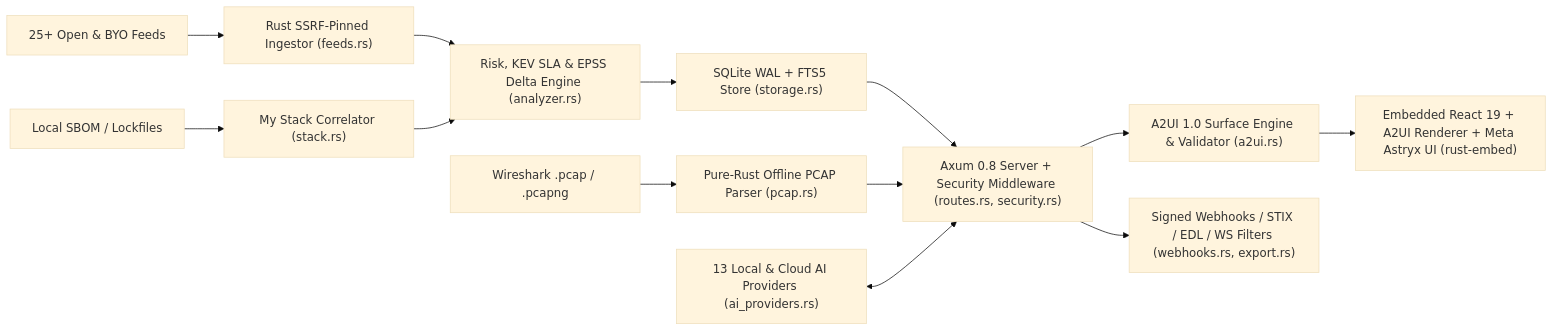
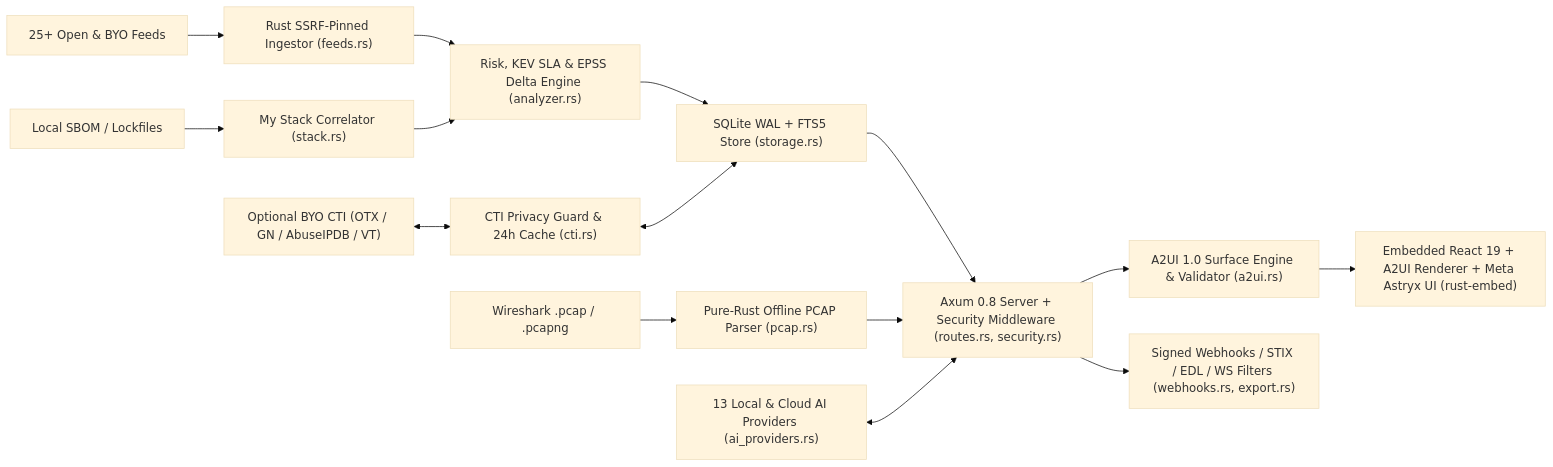
One commit to AiBrainWorXdotCom/aibrainworx-ai-threat-board changed the diagram in README.md. Above: the diagram before and after it, drawn with Mermaid (base theme). The commit also changed other lines of this file and 20 other files, not shown here.

Commit message:
feat(cti): add optional BYO CTI enrichment hub, private OTX pulse sync & 24h SQLite cache (v0.6.0)

````diff
--- a/README.md
+++ b/README.md
@@ -260,15 +270,17 @@
 ```mermaid
 flowchart LR
     Feeds["25+ Open & BYO Feeds"] --> Ingest["Rust SSRF-Pinned Ingestor (feeds.rs)"]
     SBOM["Local SBOM / Lockfiles"] --> Stack["My Stack Correlator (stack.rs)"]
     PCAP["Wireshark .pcap / .pcapng"] --> PcapEngine["Pure-Rust Offline PCAP Parser (pcap.rs)"]
+    CTI["Optional BYO CTI (OTX / GN / AbuseIPDB / VT)"] <--> CtiEngine["CTI Privacy Guard & 24h Cache (cti.rs)"]
     Ingest --> Engine["Risk, KEV SLA & EPSS Delta Engine (analyzer.rs)"]
     Stack --> Engine
     Engine --> DB["SQLite WAL + FTS5 Store (storage.rs)"]
+    CtiEngine <--> DB
     DB --> API["Axum 0.8 Server + Security Middleware (routes.rs, security.rs)"]
     PcapEngine --> API
     AI["13 Local & Cloud AI Providers (ai_providers.rs)"] <--> API
     API --> A2UI["A2UI 1.0 Surface Engine & Validator (a2ui.rs)"]
     API --> Hooks["Signed Webhooks / STIX / EDL / WS Filters (webhooks.rs, export.rs)"]
     A2UI --> UI["Embedded React 19 + A2UI Renderer + Meta Astryx UI (rust-embed)"]
 ```
````
